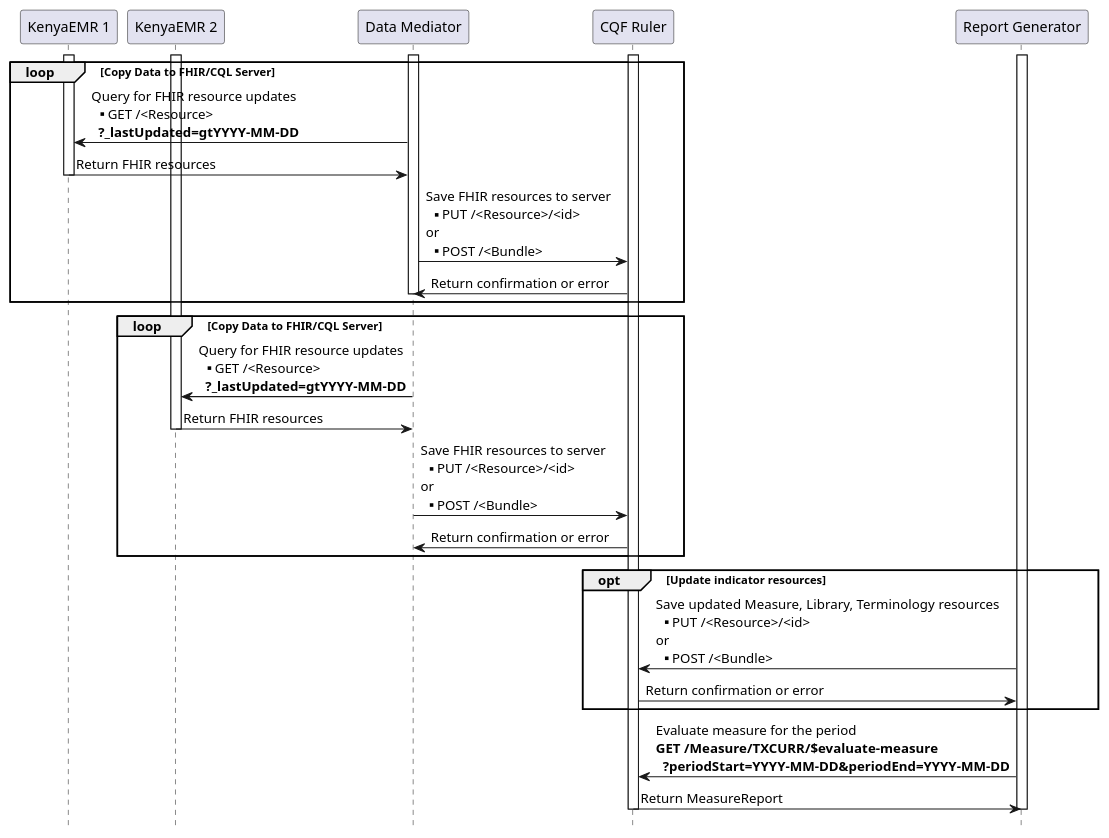
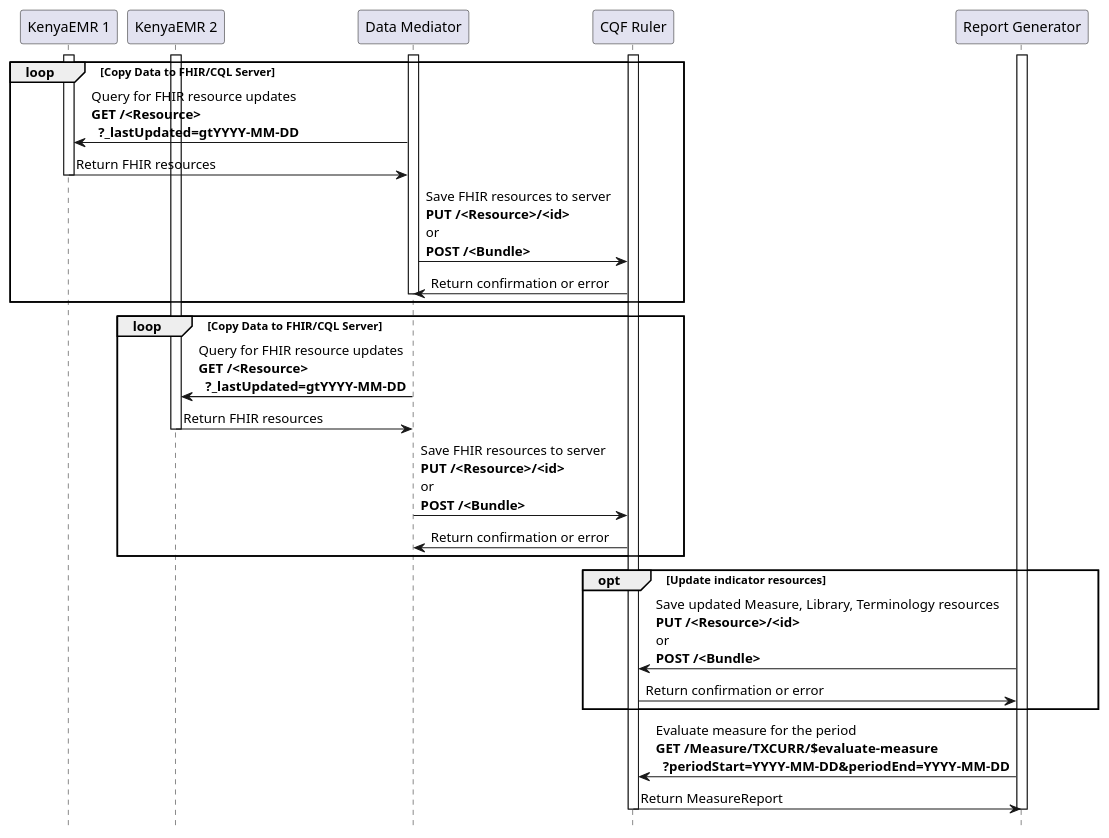
One commit to costateixeira/MERindicators changed the diagram in input/images-source/multiple-workflow.plantuml. Above: the diagram before and after it, drawn with PlantUML. The commit also changed 2 other files, not shown here.

```diff
--- a/input/images-source/multiple-workflow.plantuml
+++ b/input/images-source/multiple-workflow.plantuml
@@ -1,44 +1,44 @@
 @startuml
 skinparam svgDimensionStyle false
 hide footbox
 participant "KenyaEMR 1" as EMR1
 participant "KenyaEMR 2" as EMR2
 participant "Data Mediator" as Data
 participant "CQF Ruler" as CQL
 participant "Report Generator" as Report 
 
 activate CQL
 loop Copy Data to FHIR/CQL Server
   activate Data
   activate EMR1
-  Data -> EMR1: Query for FHIR resource updates\n**GET /<Resource>\n  **?_lastUpdated=gtYYYY-MM-DD**
+  Data -> EMR1: Query for FHIR resource updates\n**GET /<Resource>**\n  **?_lastUpdated=gtYYYY-MM-DD**
   EMR1 -> Data: Return FHIR resources
   deactivate EMR1
-  Data -> CQL: Save FHIR resources to server\n**PUT /<Resource>/<id>\nor\n**POST /<Bundle>
+  Data -> CQL: Save FHIR resources to server\n**PUT /<Resource>/<id>**\nor\n**POST /<Bundle>**
   CQL -> Data: Return confirmation or error
   deactivate Data
 end
 
 loop Copy Data to FHIR/CQL Server
   activate Data
   activate EMR2
-  Data -> EMR2: Query for FHIR resource updates\n**GET /<Resource>\n  **?_lastUpdated=gtYYYY-MM-DD**
+  Data -> EMR2: Query for FHIR resource updates\n**GET /<Resource>**\n  **?_lastUpdated=gtYYYY-MM-DD**
   EMR2 -> Data: Return FHIR resources
   deactivate EMR2
-  Data -> CQL: Save FHIR resources to server\n**PUT /<Resource>/<id>\nor\n**POST /<Bundle>
+  Data -> CQL: Save FHIR resources to server\n**PUT /<Resource>/<id>**\nor\n**POST /<Bundle>**
   CQL -> Data: Return confirmation or error
   deactivate Data
 end
 
 activate Report
 opt Update indicator resources
-  Report -> CQL: Save updated Measure, Library, Terminology resources\n**PUT /<Resource>/<id>\nor\n**POST /<Bundle>
+  Report -> CQL: Save updated Measure, Library, Terminology resources\n**PUT /<Resource>/<id>**\nor\n**POST /<Bundle>**
   CQL -> Report: Return confirmation or error
 end
 
 Report -> CQL: Evaluate measure for the period\n**GET /Measure/TXCURR/$evaluate-measure**\n  **?periodStart=YYYY-MM-DD&periodEnd=YYYY-MM-DD**
 CQL -> Report: Return MeasureReport
 deactivate Report
 deactivate CQL
 
 @enduml
```
